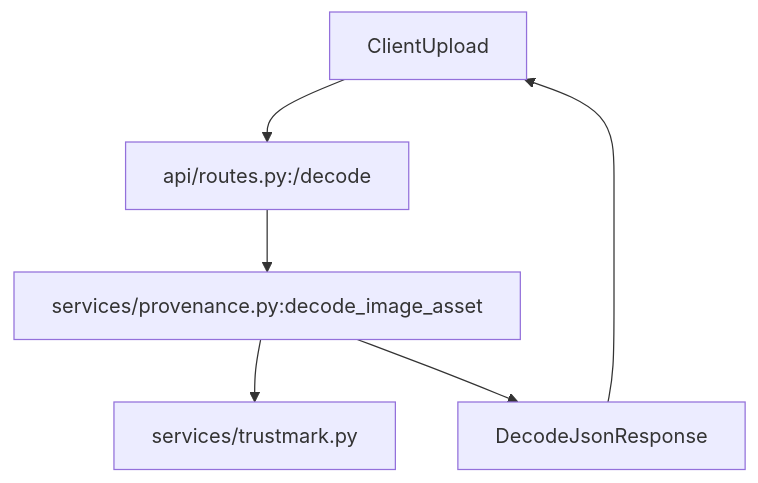
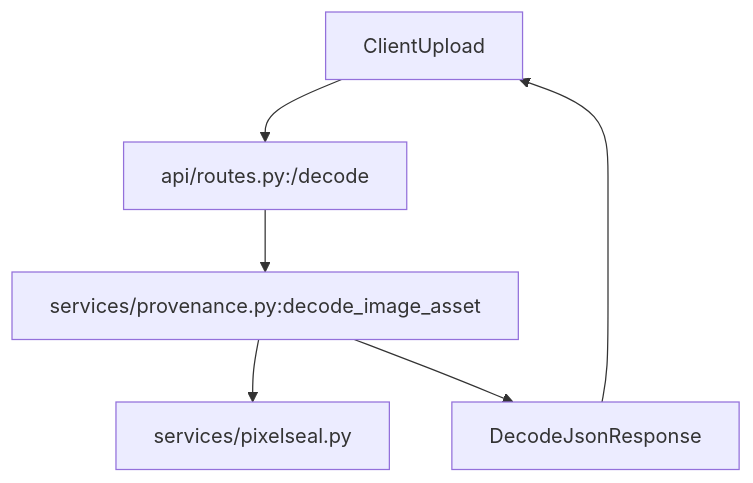
Before and after one commit to justLxy/Watermark: the second of 2 diagrams in backend/README.md, drawn with Mermaid. The commit also changed other lines of this file and 8 other files, not shown here.

Commit message:
Refactor documentation and codebase to transition from TrustMark to PixelSeal; update README, backend services, and frontend components to reflect new watermarking system and DID URL integration.

````diff
--- a/backend/README.md
+++ b/backend/README.md
@@ -76,8 +76,8 @@
 ```mermaid
 flowchart TD
     Client[ClientUpload] --> RouteDecode["api/routes.py:/decode"]
     RouteDecode --> ServiceDecode["services/provenance.py:decode_image_asset"]
-    ServiceDecode --> TrustMarkDecode["services/trustmark.py"]
+    ServiceDecode --> PixelSealDecode["services/pixelseal.py"]
     ServiceDecode --> JsonResponse[DecodeJsonResponse]
     JsonResponse --> Client
 ```
````
